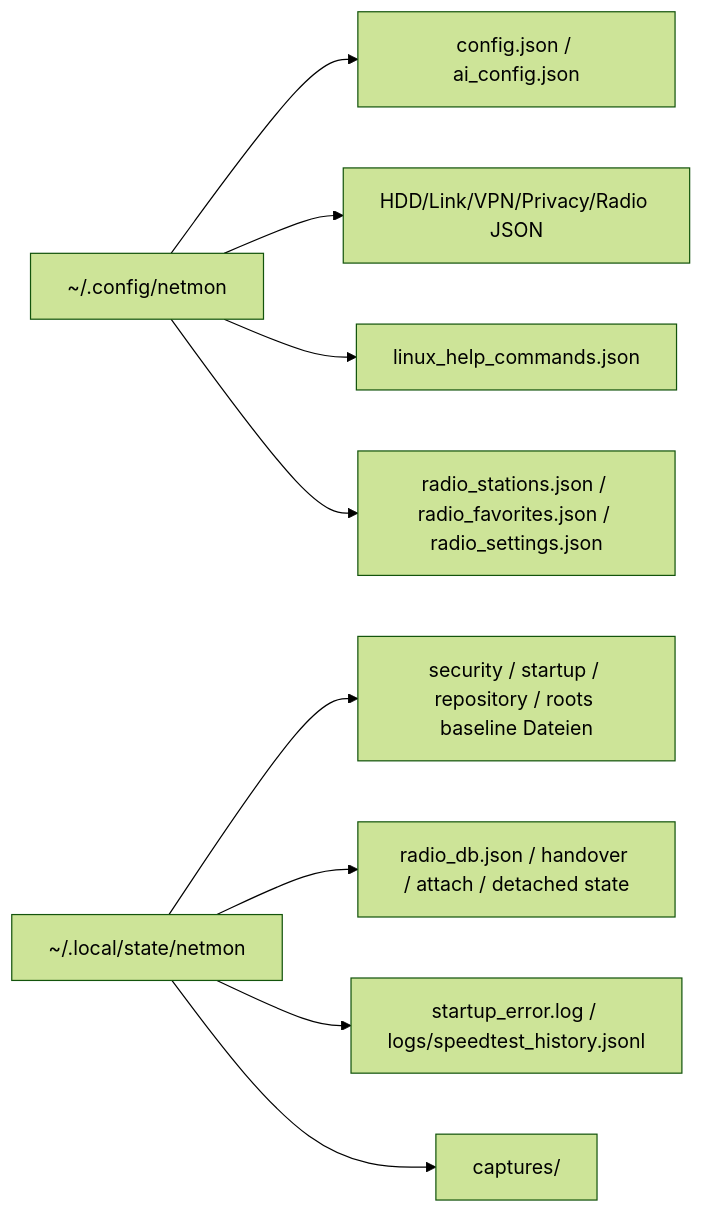
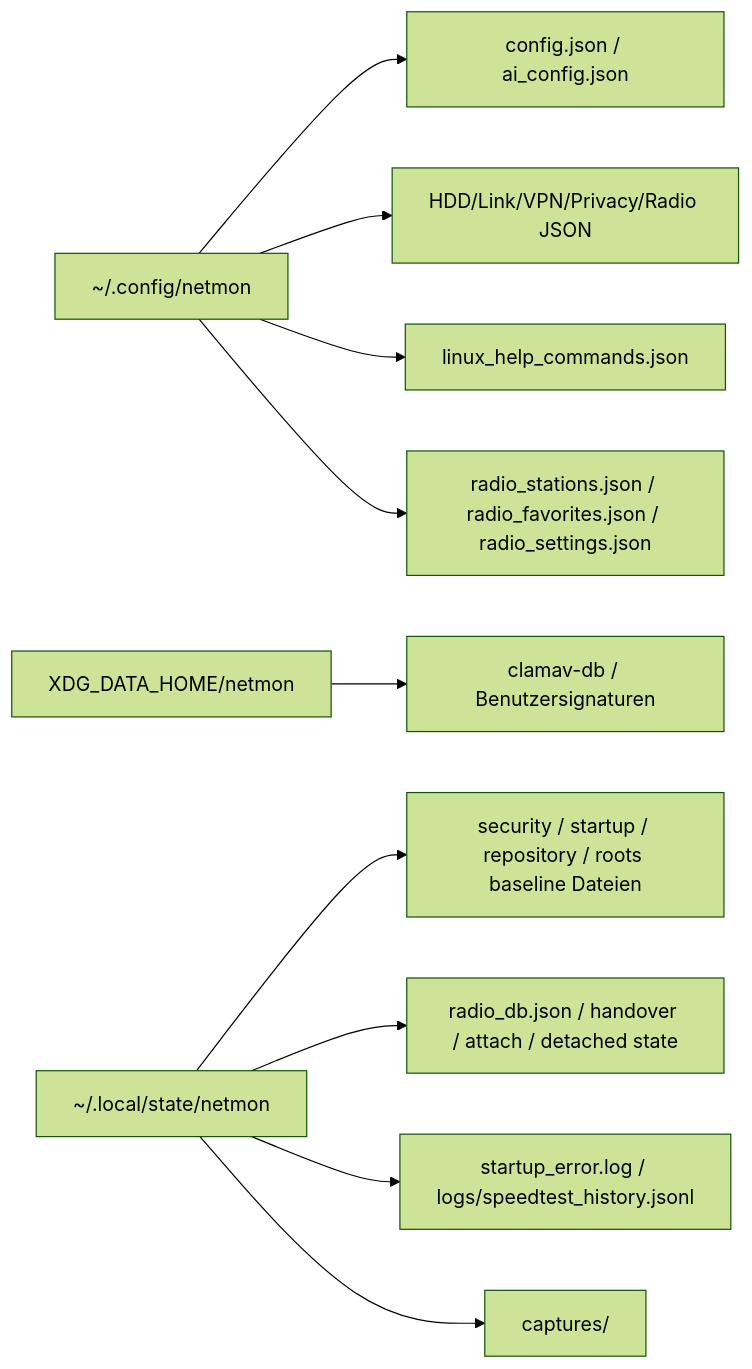
The fourth of 5 diagrams in docs/ARCHITECTURE.md (Noogman4/dev-lab), drawn with Mermaid (forest theme) before and after one commit. The commit also changed other lines of this file and 102 other files, not shown here.

````diff
--- a/docs/ARCHITECTURE.md
+++ b/docs/ARCHITECTURE.md
@@ -68,11 +68,12 @@
 ```mermaid
 flowchart LR
     Config[~/.config/netmon] --> AppCfg[config.json / ai_config.json]
     Config --> Slots[HDD/Link/VPN/Privacy/Radio JSON]
     Config --> LinuxHelp[linux_help_commands.json]
     Config --> RadioCfg[radio_stations.json / radio_favorites.json / radio_settings.json]
+    Data[XDG_DATA_HOME/netmon] --> ClamDb[clamav-db / Benutzersignaturen]
     State[~/.local/state/netmon] --> Sec[security / startup / repository / roots baseline Dateien]
     State --> RadioState[radio_db.json / handover / attach / detached state]
     State --> Logs[startup_error.log / logs/speedtest_history.jsonl]
     State --> Capture[captures/]
 ```
````
